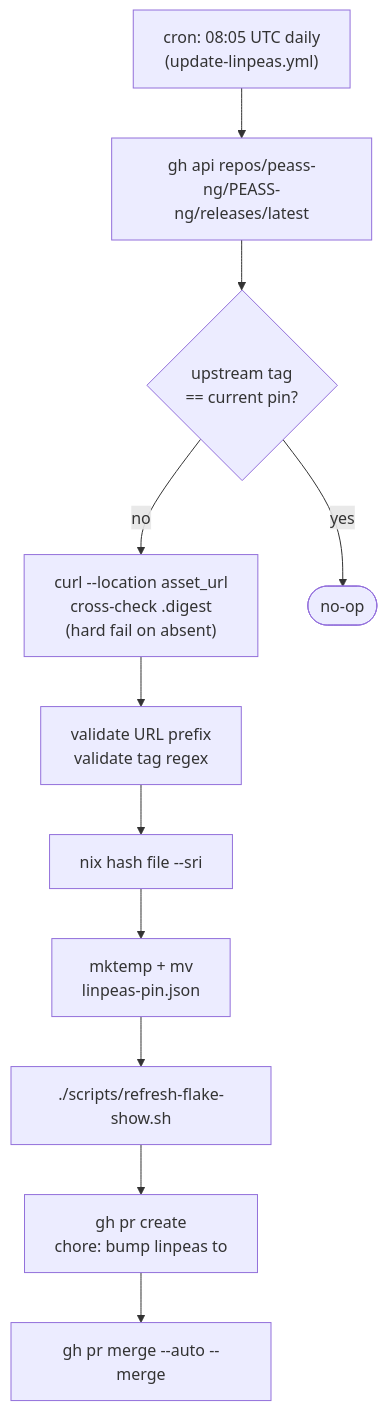
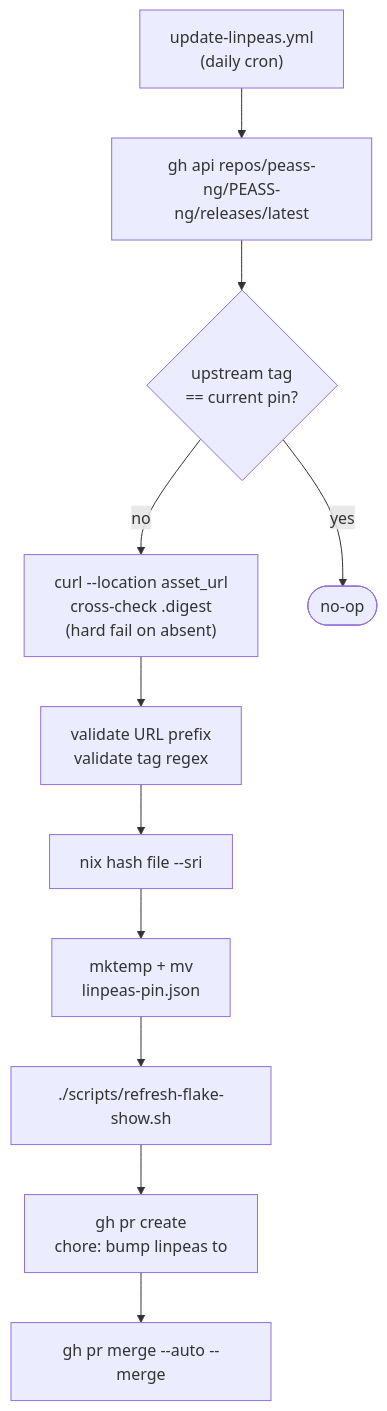
One commit to rvenutolo/linPEAS-flake changed the first of 3 diagrams in docs/architecture/auto-update.md. Above: the diagram before and after it, drawn with Mermaid. The commit also changed other lines of this file and 8 other files, not shown here.

````diff
--- a/docs/architecture/auto-update.md
+++ b/docs/architecture/auto-update.md
@@ -7,18 +7,18 @@
 ```mermaid
 flowchart TD
-  cron["cron: 08:05 UTC daily<br/>(update-linpeas.yml)"]
+  cron["update-linpeas.yml<br/>(daily cron)"]
   api["gh api repos/peass-ng/PEASS-ng/releases/latest"]
   compare{"upstream tag<br/>== current pin?"}
   fetch["curl --location asset_url<br/>cross-check .digest<br/>(hard fail on absent)"]
   validate["validate URL prefix<br/>validate tag regex"]
   hash["nix hash file --sri"]
   write["mktemp + mv<br/>linpeas-pin.json"]
   show["./scripts/refresh-flake-show.sh"]
   pr["gh pr create<br/>chore: bump linpeas to <tag>"]
   automerge["gh pr merge --auto --merge"]
   done(["no-op"])
 
   cron --> api --> compare
   compare -- yes --> done
   compare -- no --> fetch --> validate --> hash --> write --> show --> pr --> automerge
 ```
````
